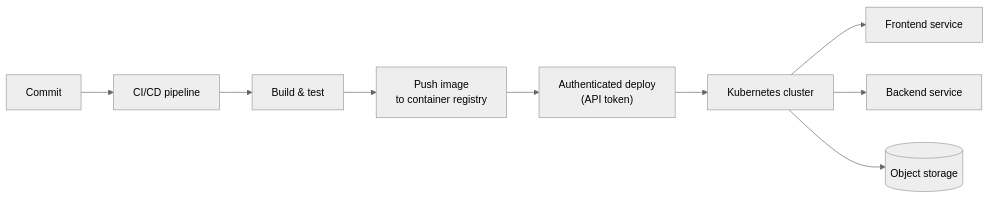
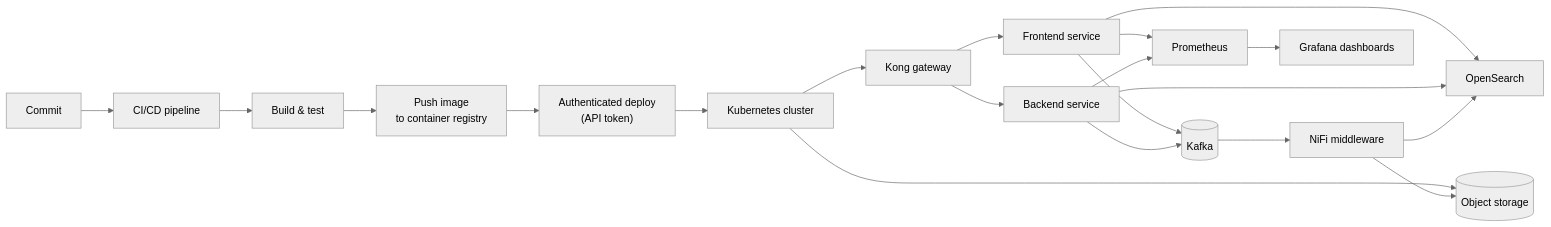
One commit to raven-clown/raven-clown changed the diagram in brain/devops-infrastructure/README.md. Above: the diagram before and after it, drawn with Mermaid (neutral theme). The commit also changed other lines of this file and 6 other files, not shown here.

Commit message:
Add mcp-stdio-debug to side projects, expand AI/LLM and infra stack, add architecture diagrams

````diff
--- a/brain/devops-infrastructure/README.md
+++ b/brain/devops-infrastructure/README.md
@@ -7,11 +7,22 @@
 ```mermaid
 flowchart LR
     Dev["Commit"] --> CI["CI/CD pipeline"]
     CI --> Build["Build & test"]
     Build --> Registry["Push image\nto container registry"]
     Registry --> Deploy["Authenticated deploy\n(API token)"]
     Deploy --> K8s["Kubernetes cluster"]
-    K8s --> FE["Frontend service"]
-    K8s --> BE["Backend service"]
+    K8s --> Kong["Kong gateway"]
+    Kong --> FE["Frontend service"]
+    Kong --> BE["Backend service"]
     K8s --> Storage[("Object storage")]
+    FE --> Kafka[("Kafka")]
+    BE --> Kafka
+    Kafka --> NiFi["NiFi middleware"]
+    FE --> Metrics["Prometheus"]
+    BE --> Metrics
+    Metrics --> Grafana["Grafana dashboards"]
+    FE --> Logs["OpenSearch"]
+    BE --> Logs
+    NiFi --> Logs
+    NiFi --> Storage
 ```
````
